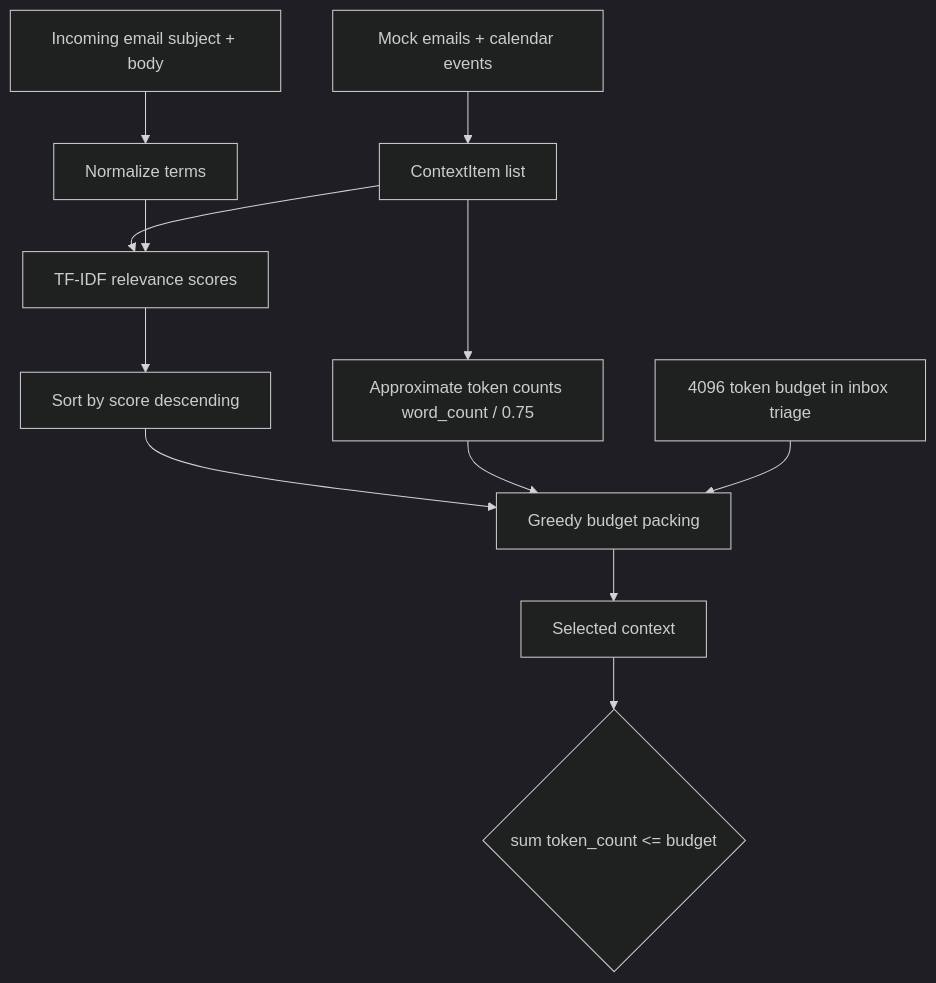
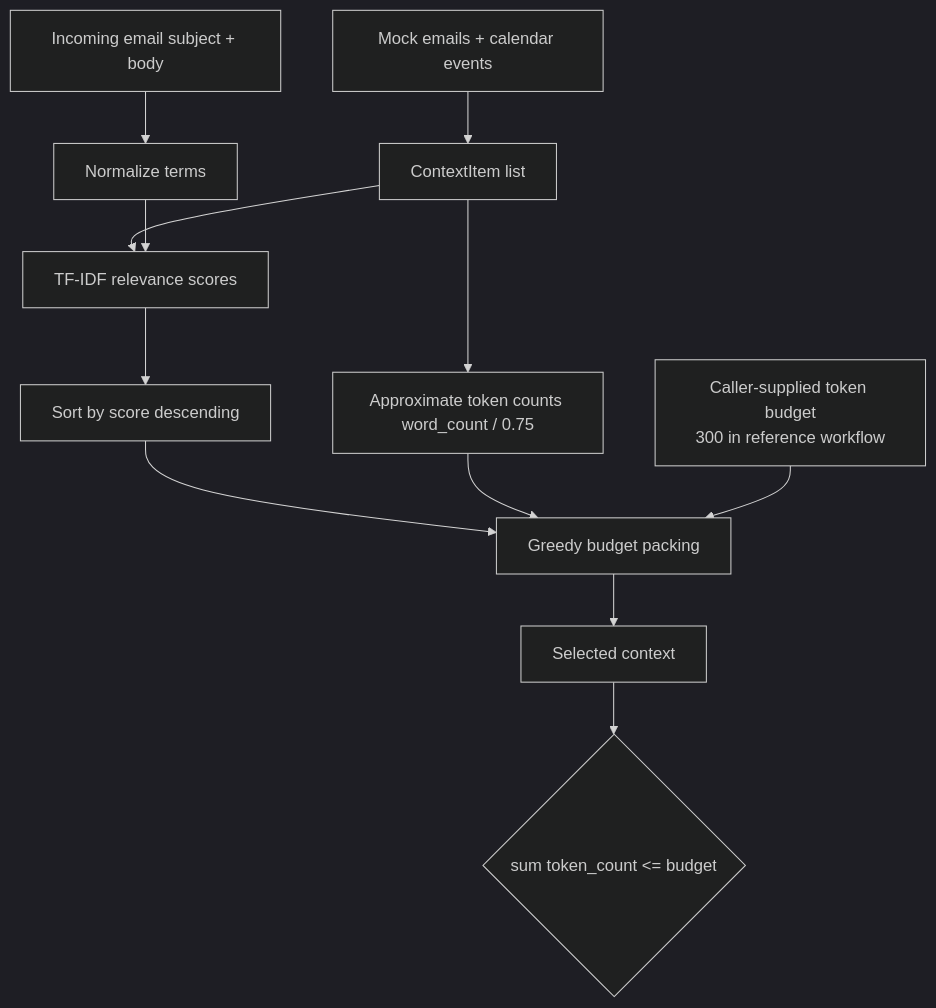
Diagram 11 of 14 in docs/dflow-arch.md (maxgregaabig/durableflow), drawn with Mermaid (dark theme) before and after one commit. The commit also changed other lines of this file and 7 other files, not shown here.

````diff
--- a/docs/dflow-arch.md
+++ b/docs/dflow-arch.md
@@ -408,14 +408,14 @@
 ```mermaid
 flowchart TD
     Query[Incoming email subject + body] --> Terms[Normalize terms]
     Corpus[Mock emails + calendar events] --> Items[ContextItem list]
     Items --> TokenCounts[Approximate token counts word_count / 0.75]
     Items --> Scores[TF-IDF relevance scores]
     Terms --> Scores
     Scores --> Sort[Sort by score descending]
     Sort --> Pack[Greedy budget packing]
     TokenCounts --> Pack
-    Budget[4096 token budget in inbox triage] --> Pack
+    Budget[Caller-supplied token budget<br/>300 in reference workflow] --> Pack
     Pack --> Selected[Selected context]
     Selected --> Constraint{sum token_count <= budget}
 ```
````
